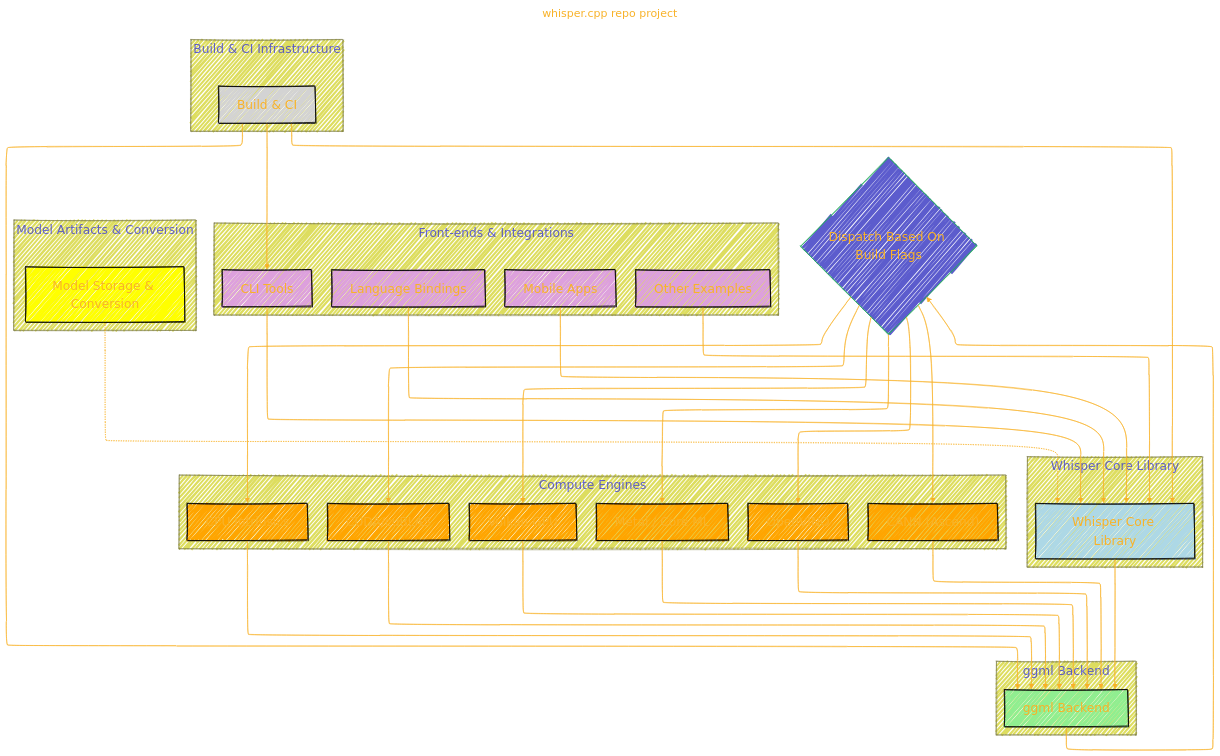
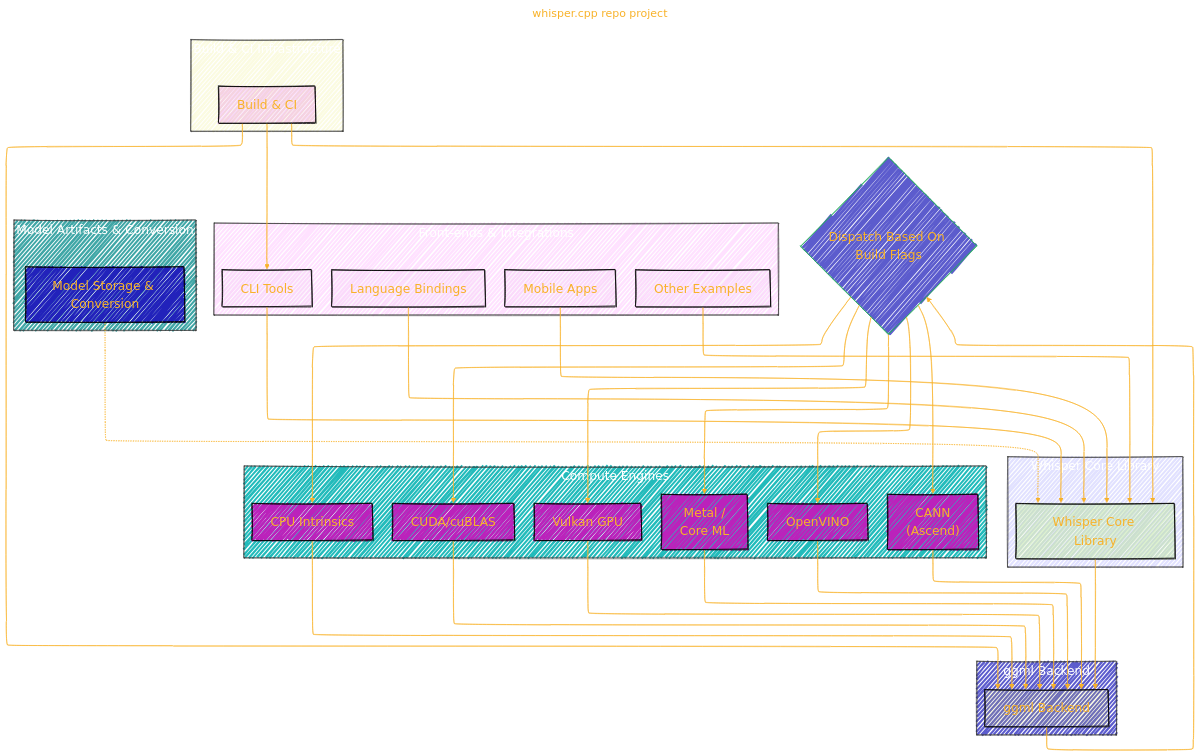
The first of 2 diagrams in GGML_ORG/GitHub_repo_projects/whisper.cpp.md (CongLeSolutionX/Synthetic-Zooniverse), drawn with Mermaid before and after one commit.

Commit message:
update notes

```diff
--- a/GGML_ORG/GitHub_repo_projects/whisper.cpp.md
+++ b/GGML_ORG/GitHub_repo_projects/whisper.cpp.md
@@ -75,7 +75,8 @@
   }
 }%%
 flowchart TD
-    subgraph "Front-ends & Integrations"
+    subgraph Front_ends_and_Integrations["Front-ends & Integrations"]
+    style Front_ends_and_Integrations fill:#F2F2,stroke:#333,stroke-width:1px, color: #FFFF
         FE_CLI["CLI Tools"]:::frontend
         FE_Bindings["Language Bindings"]:::frontend
         FE_Mobile["Mobile Apps"]:::frontend
@@ -87,25 +88,28 @@
     FE_Mobile --> Core
     FE_Others --> Core
 
-    subgraph "Whisper Core Library"
+    subgraph Whisper_Core_Library["Whisper Core Library"]
+    style Whisper_Core_Library fill:#22F2,stroke:#333,stroke-width:1px, color: #FFFF
         Core["Whisper Core Library"]:::core
     end
 
     Core --> Backend
 
-    subgraph "ggml Backend"
+    subgraph ggml_Backend["ggml Backend"]
+    style ggml_Backend fill:#22BB,stroke:#333,stroke-width:1px, color: #FFFF
         Backend["ggml Backend"]:::backend
     end
 
     Backend --> ComputeSplit{"Dispatch Based On Build Flags"}
 
-    subgraph "Compute Engines"
+    subgraph Compute_Engines["Compute Engines"]
+    style Compute_Engines fill:#2BB,stroke:#333,stroke-width:1px, color: #FFFF
         CE_CPU["CPU Intrinsics"]:::compute
         CE_CUDA["CUDA/cuBLAS"]:::compute
         CE_Vulkan["Vulkan GPU"]:::compute
-        CE_Metal["Metal / Core ML"]:::compute
+        CE_Metal["Metal /<br/> Core ML"]:::compute
         CE_OpenVINO["OpenVINO"]:::compute
-        CE_CANN["CANN (Ascend)"]:::compute
+        CE_CANN["CANN<br/>(Ascend)"]:::compute
     end
 
     ComputeSplit --> CE_CPU
@@ -122,13 +126,15 @@
     CE_OpenVINO --> Backend
     CE_CANN --> Backend
 
-    subgraph "Model Artifacts & Conversion"
+    subgraph Model_Artifacts_and_Conversion["Model Artifacts & Conversion"]
+    style Model_Artifacts_and_Conversion fill:#299D,stroke:#333,stroke-width:1px, color: #FFFF
         ModelsNode["Model Storage & Conversion"]:::models
     end
 
     ModelsNode -.-> Core
 
-    subgraph "Build & CI Infrastructure"
+    subgraph Build_and_CI_Infrastructure["Build & CI Infrastructure"]
+    style Build_and_CI_Infrastructure fill:#DD22,stroke:#333,stroke-width:1px, color: #FFFF
         CI["Build & CI"]:::ci
     end
 
@@ -136,12 +142,12 @@
     CI --> Backend
     CI --> FE_CLI
 
-    classDef core fill:#ADD8E6,stroke:#000;
-    classDef backend fill:#90EE90,stroke:#000;
-    classDef compute fill:#FFA500,stroke:#000;
-    classDef frontend fill:#DDA0DD,stroke:#000;
-    classDef models fill:#FFFF00,stroke:#000;
-    classDef ci fill:#D3D3D3,stroke:#000;
+    classDef core fill:#AD86,stroke:#000
+    classDef backend fill:#EE22,stroke:#000
+    classDef compute fill:#B2BF,stroke:#000
+    classDef frontend fill:#DAD2,stroke:#000
+    classDef models fill:#22B,stroke:#000
+    classDef ci fill:#D3D3,stroke:#000
 
     click Core "https://github.com/ggml-org/whisper.cpp/blob/master/include/whisper.h"
     click Core "https://github.com/ggml-org/whisper.cpp/blob/master/src/whisper.cpp"
```
